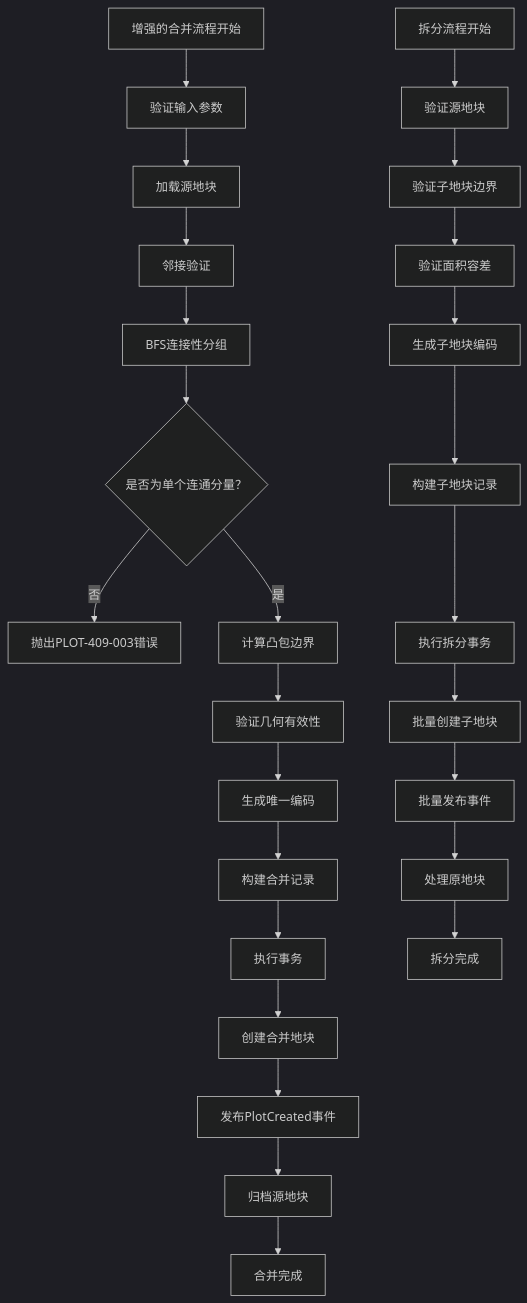
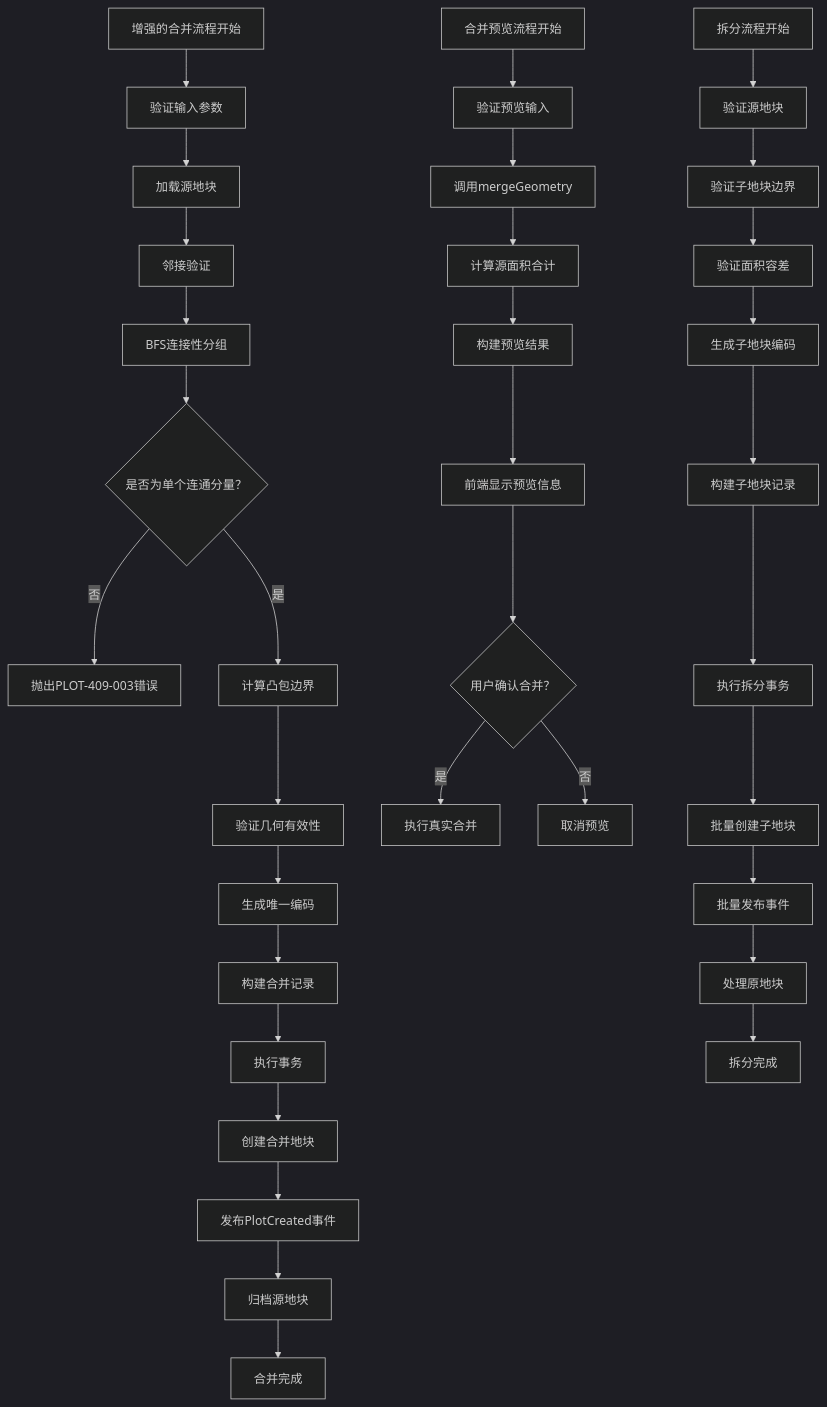
One commit to q446328246/agri-platform changed the ninth of 16 diagrams in .qoder/repowiki/zh/content/核心服务文档/地块管理服务.md. Above: the diagram before and after it, drawn with Mermaid (dark theme). The commit also changed other lines of this file and 42 other files, not shown here.

````diff
--- a/.qoder/repowiki/zh/content/核心服务文档/地块管理服务.md
+++ b/.qoder/repowiki/zh/content/核心服务文档/地块管理服务.md
@@ -576,28 +676,36 @@
 ```mermaid
 flowchart TD
 MergeStart["增强的合并流程开始"] --> ValidateInputs["验证输入参数"]
 ValidateInputs --> LoadSources["加载源地块"]
 LoadSources --> AdjacencyValidation["邻接验证"]
 AdjacencyValidation --> BFSGrouping["BFS连接性分组"]
 BFSGrouping --> SingleComponent{"是否为单个连通分量？"}
 SingleComponent --> |否| ThrowError["抛出PLOT-409-003错误"]
 SingleComponent --> |是| CalcConvexHull["计算凸包边界"]
 CalcConvexHull --> ValidateGeometry["验证几何有效性"]
 ValidateGeometry --> GenerateCode["生成唯一编码"]
 GenerateCode --> BuildRecord["构建合并记录"]
 BuildRecord --> ExecuteTransaction["执行事务"]
 ExecuteTransaction --> CreateMerged["创建合并地块"]
 CreateMerged --> PublishEvent["发布PlotCreated事件"]
 PublishEvent --> ArchiveSources["归档源地块"]
 ArchiveSources --> MergeEnd["合并完成"]
+PreviewStart["合并预览流程开始"] --> ValidatePreviewInputs["验证预览输入"]
+ValidatePreviewInputs --> CallMergeGeometry["调用mergeGeometry"]
+CallMergeGeometry --> CalcSourceArea["计算源面积合计"]
+CalcSourceArea --> BuildPreviewResult["构建预览结果"]
+BuildPreviewResult --> DisplayPreview["前端显示预览信息"]
+DisplayPreview --> UserDecision{"用户确认合并？"}
+UserDecision --> |是| RealMerge["执行真实合并"]
+UserDecision --> |否| CancelPreview["取消预览"]
 SplitStart["拆分流程开始"] --> ValidateSource["验证源地块"]
 ValidateSource --> ValidatePieces["验证子地块边界"]
 ValidatePieces --> ValidateArea["验证面积容差"]
 ValidateArea --> GenerateCodes["生成子地块编码"]
 GenerateCodes --> BuildRecords["构建子地块记录"]
 BuildRecords --> ExecuteSplitTransaction["执行拆分事务"]
 ExecuteSplitTransaction --> CreatePieces["批量创建子地块"]
 CreatePieces --> PublishEvents["批量发布事件"]
 PublishEvents --> HandleSource["处理原地块"]
 HandleSource --> SplitEnd["拆分完成"]
 ```
````
